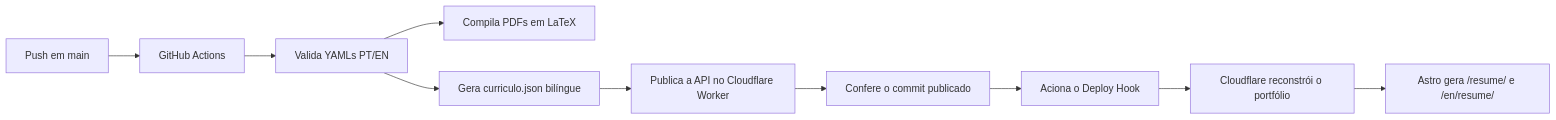
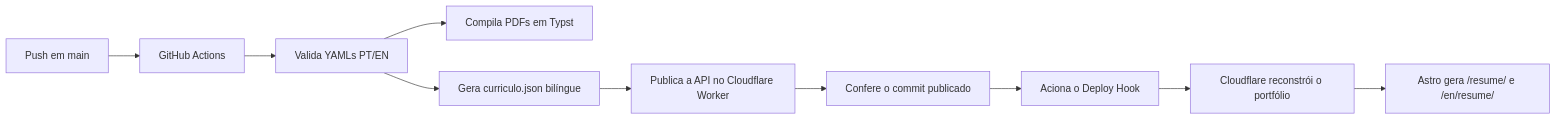
The diagram in README.md (mericxy/meu-curriculo), drawn with Mermaid before and after one commit. The commit also changed other lines of this file and 22 other files, not shown here.

````diff
--- a/README.md
+++ b/README.md
@@ -9,12 +9,12 @@
 ```mermaid
 flowchart LR
     PUSH["Push em main"] --> CI["GitHub Actions"]
     CI --> VALIDATE["Valida YAMLs PT/EN"]
-    VALIDATE --> PDF["Compila PDFs em LaTeX"]
+    VALIDATE --> PDF["Compila PDFs em Typst"]
     VALIDATE --> JSON["Gera curriculo.json bilíngue"]
     JSON --> API["Publica a API no Cloudflare Worker"]
     API --> CHECK["Confere o commit publicado"]
     CHECK --> HOOK["Aciona o Deploy Hook"]
     HOOK --> ASTRO["Cloudflare reconstrói o portfólio"]
     ASTRO --> PAGES["Astro gera /resume/ e /en/resume/"]
 ```
````
